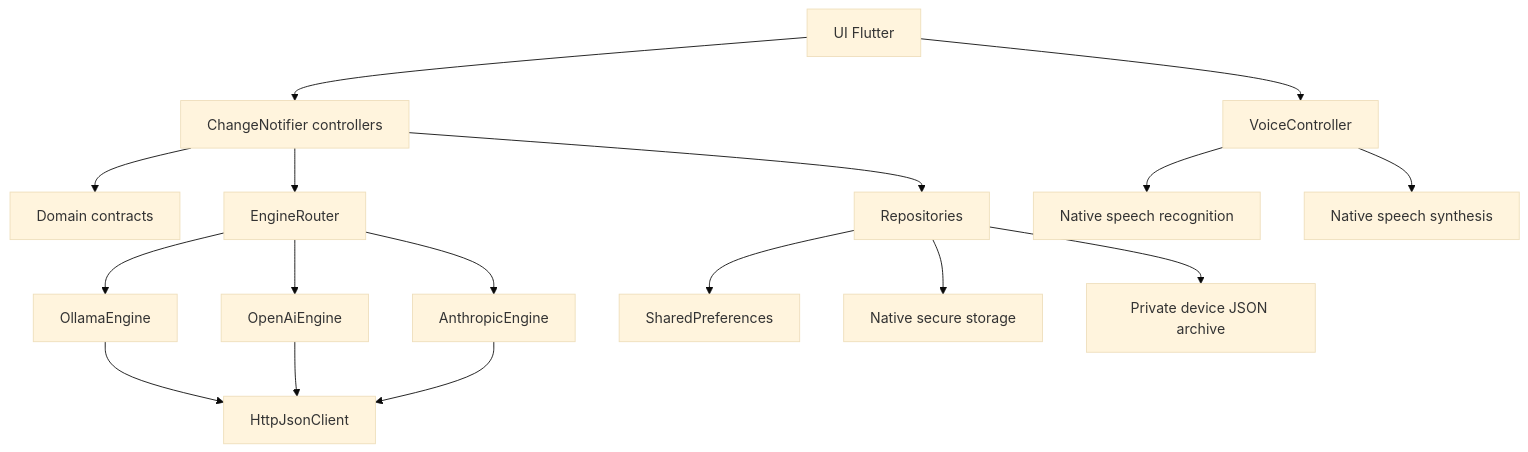
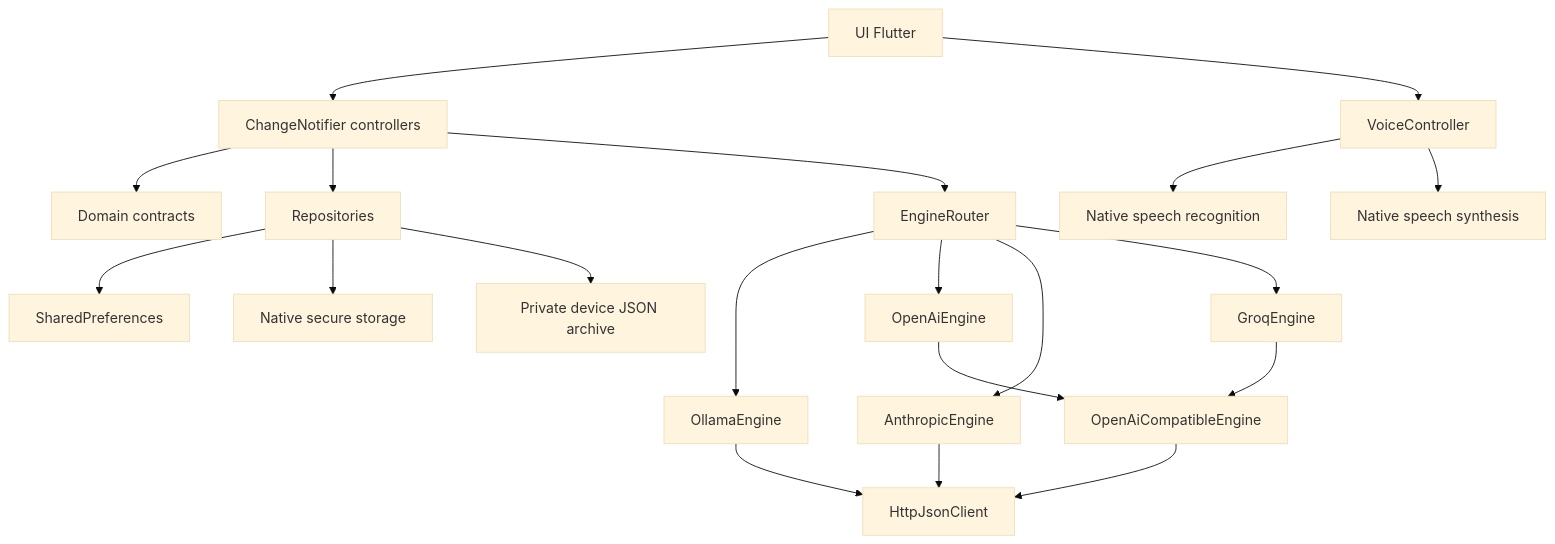
One commit to leoblanchart92-hub/OPENUS changed the diagram in docs/ARCHITECTURE.md. Above: the diagram before and after it, drawn with Mermaid (base theme). The commit also changed other lines of this file and 24 other files, not shown here.

````diff
--- a/docs/ARCHITECTURE.md
+++ b/docs/ARCHITECTURE.md
@@ -14,19 +14,22 @@
 ```mermaid
 flowchart TD
   UI[UI Flutter] --> STATE[ChangeNotifier controllers]
   STATE --> DOMAIN[Domain contracts]
   STATE --> DATA[Repositories]
   STATE --> ROUTER[EngineRouter]
   ROUTER --> LOCAL[OllamaEngine]
   ROUTER --> OPENAI[OpenAiEngine]
   ROUTER --> ANTHROPIC[AnthropicEngine]
+  ROUTER --> GROQ[GroqEngine]
   LOCAL --> HTTP[HttpJsonClient]
-  OPENAI --> HTTP
+  OPENAI --> COMPAT[OpenAiCompatibleEngine]
+  GROQ --> COMPAT
+  COMPAT --> HTTP
   ANTHROPIC --> HTTP
   DATA --> PREFS[SharedPreferences]
   DATA --> SECURE[Native secure storage]
   DATA --> FILE[Private device JSON archive]
   UI --> VOICE[VoiceController]
   VOICE --> STT[Native speech recognition]
   VOICE --> TTS[Native speech synthesis]
 ```
````
